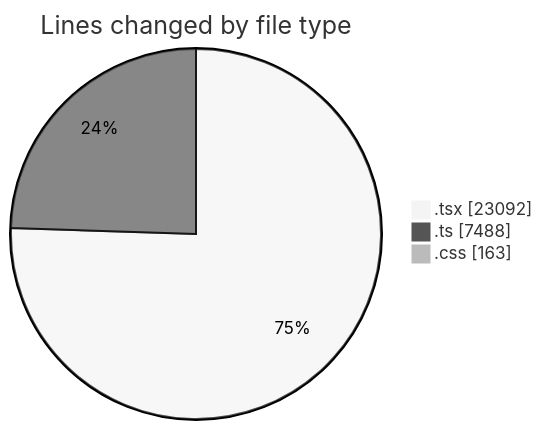
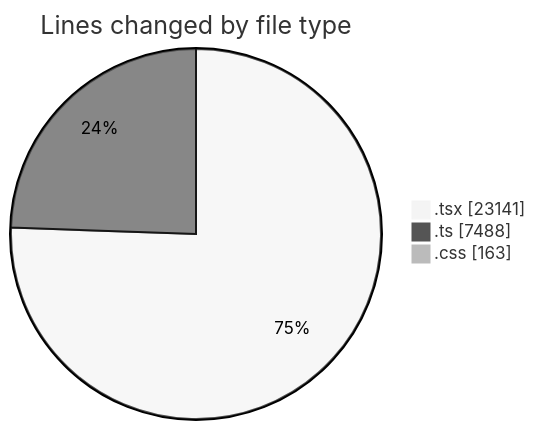
Before and after one commit to nxtqubesakshisongat/code-tracking: the first of 2 diagrams in 2026-08-23/nxtqube_webapp/README.md, drawn with Mermaid (neutral theme). The commit also changed other lines of this file and 1 other file, not shown here.

````diff
--- a/2026-08-23/nxtqube_webapp/README.md
+++ b/2026-08-23/nxtqube_webapp/README.md
@@ -73,7 +74,7 @@
 ```mermaid
 pie showData
 title Lines changed by file type
-".tsx" : 23092
+".tsx" : 23141
 ".ts" : 7488
 ".css" : 163
 ```
````
